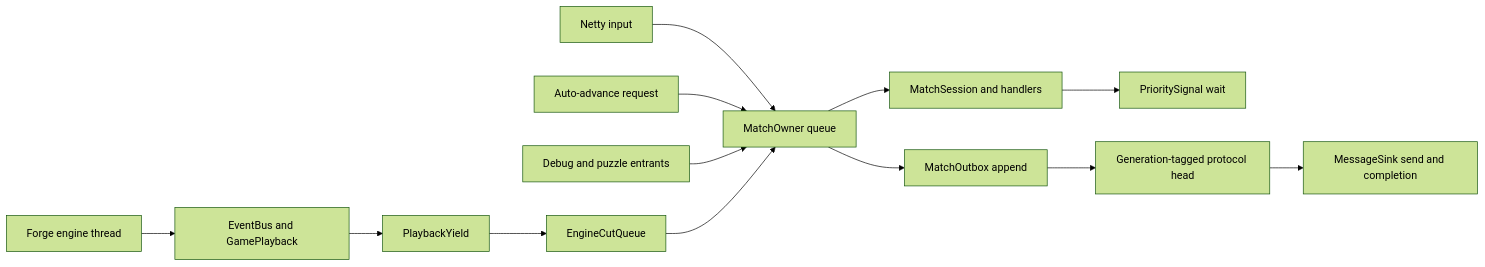
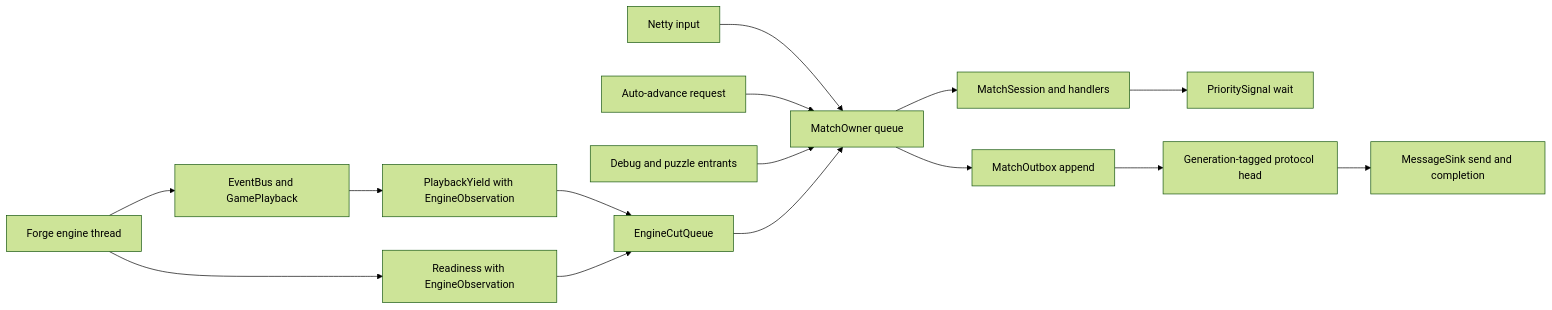
The first of 2 diagrams in docs/bridge-threading.md (delebedev/leyline), drawn with Mermaid (forest theme) before and after one commit. The commit also changed other lines of this file and 31 other files, not shown here.

First line of the commit message:
refactor(engine): publish worker observations at readiness

````diff
--- a/docs/bridge-threading.md
+++ b/docs/bridge-threading.md
@@ -102,16 +110,18 @@
 ```mermaid
 flowchart LR
     N[Netty input] --> OWNER[MatchOwner queue]
     A[Auto-advance request] --> OWNER
     D[Debug and puzzle entrants] --> OWNER
     OWNER --> MS[MatchSession and handlers]
     MS --> WAIT[PrioritySignal wait]
 
     E[Forge engine thread] --> EVT[EventBus and GamePlayback]
-    EVT --> Y[PlaybackYield]
+    EVT --> Y[PlaybackYield with EngineObservation]
+    E --> R[Readiness with EngineObservation]
     Y --> CUT[EngineCutQueue]
+    R --> CUT
     CUT --> OWNER
     OWNER --> OUTBOX[MatchOutbox append]
     OUTBOX --> HEAD[Generation-tagged protocol head]
     HEAD --> SEND[MessageSink send and completion]
 ```
````
